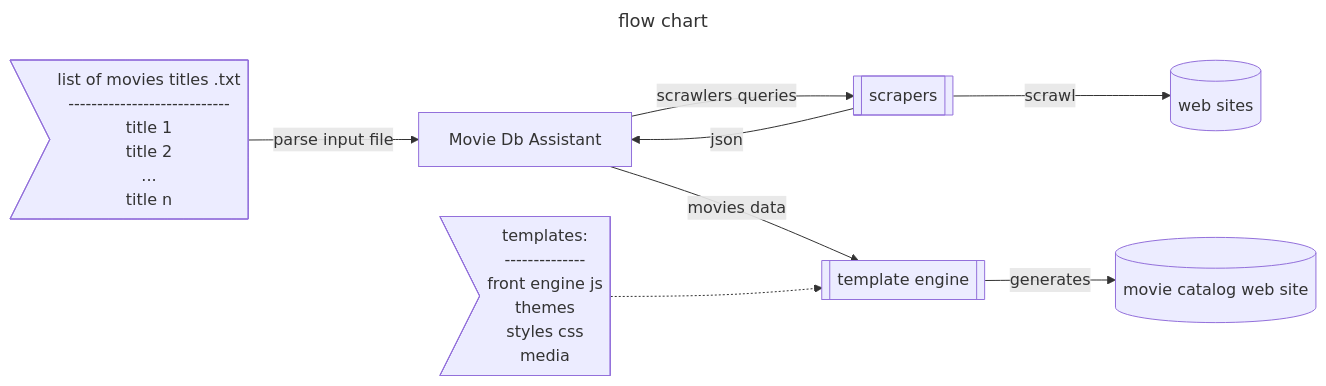
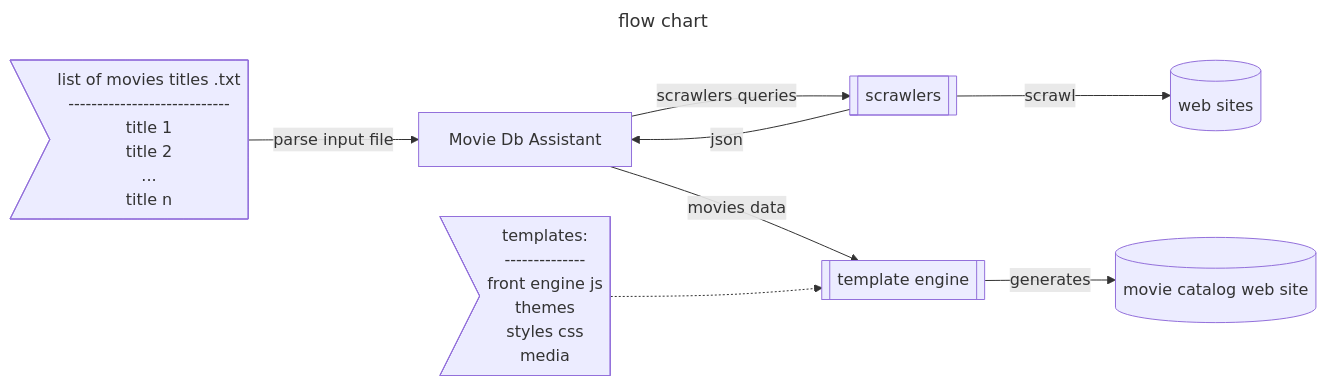
Before and after one commit to franck-gaspoz/franck-gaspoz: the diagram in README.md, drawn with Mermaid.

````diff
--- a/README.md
+++ b/README.md
@@ -20,25 +20,25 @@
 ```mermaid
 ---
 title: flow chart
 ---
     flowchart LR
 
     txt>list of movies titles .txt<br>----------------------------<br>title 1<br>title 2<br>...<br>title n<br>]
     mdba[Movie Db Assistant]
-    scrawlers[[scrapers]]
+    scrawlers[[scrawlers]]
     websites[(web sites)]
     tple[[template engine]]
     tpls>templates:<br>--------------<br>front engine js<br>themes<br>styles css<br>media]
     mvc[(movie catalog web site)]
 
     txt-- parse input file -->mdba
 
     mdba-- scrawlers queries -->scrawlers
     mdba-- movies data -->tple
 
     scrawlers-- json -->mdba
     scrawlers-- scrawl -->websites 
 
     tpls-.->tple
     tple-- generates -->mvc 
 ```
````
